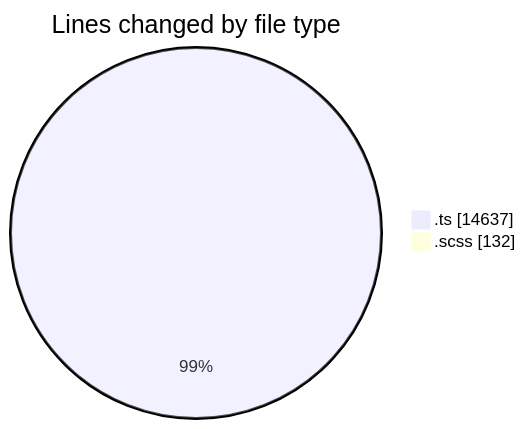
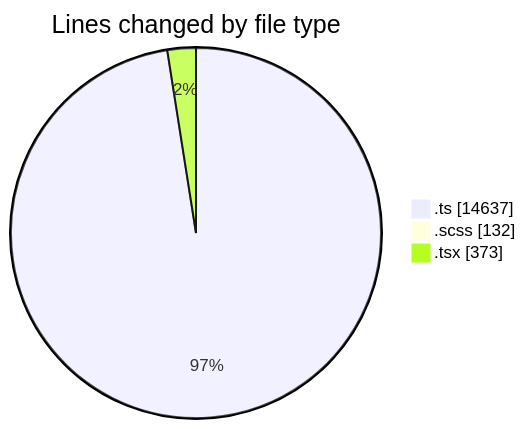
One commit to momahboobian/code-tracking changed the first of 2 diagrams in 2025-08-27/cda/README.md. Above: the diagram before and after it, drawn with Mermaid. The commit also changed other lines of this file and 1 other file, not shown here.

````diff
--- a/2025-08-27/cda/README.md
+++ b/2025-08-27/cda/README.md
@@ -24,6 +26,7 @@
 ```mermaid
 pie showData
 title Lines changed by file type
 ".ts" : 14637
 ".scss" : 132
+".tsx" : 373
 ```
````
